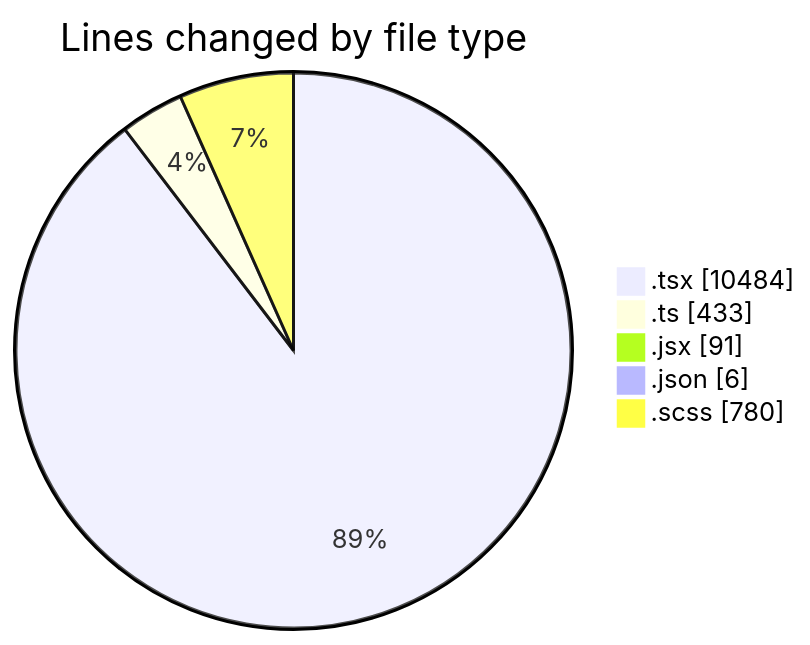
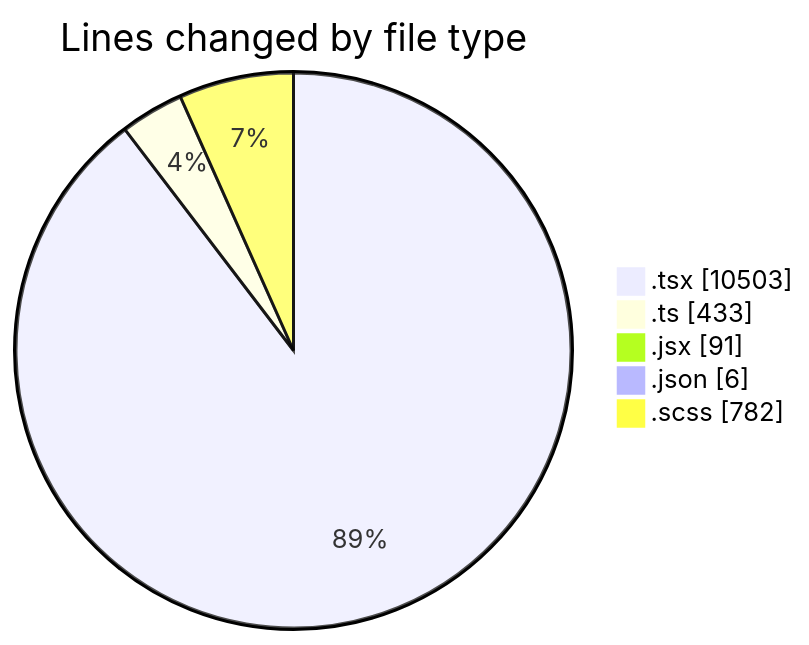
Before and after one commit to momahboobian/code-tracking: the first of 2 diagrams in 2026-04-27/cda/README.md, drawn with Mermaid. The commit also changed other lines of this file and 1 other file, not shown here.

````diff
--- a/2026-04-27/cda/README.md
+++ b/2026-04-27/cda/README.md
@@ -56,9 +56,9 @@
 ```mermaid
 pie showData
 title Lines changed by file type
-".tsx" : 10484
+".tsx" : 10503
 ".ts" : 433
 ".jsx" : 91
 ".json" : 6
-".scss" : 780
+".scss" : 782
 ```
````
